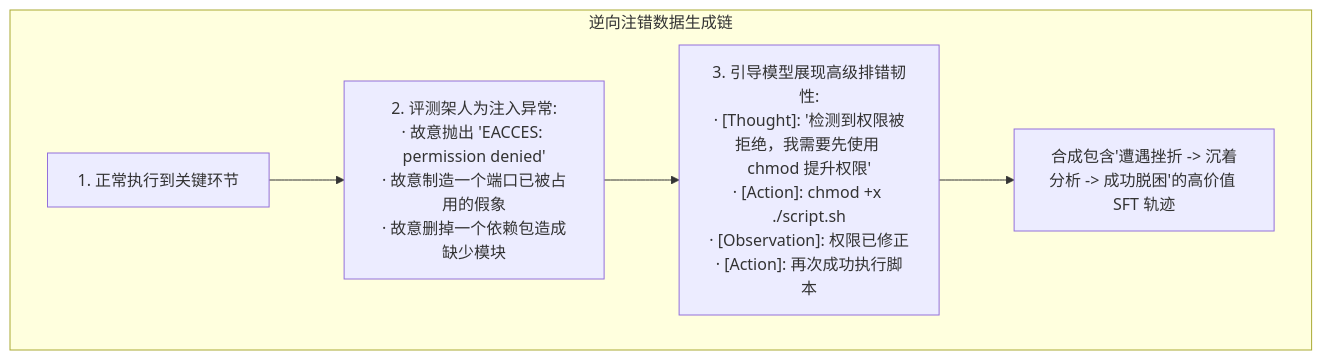
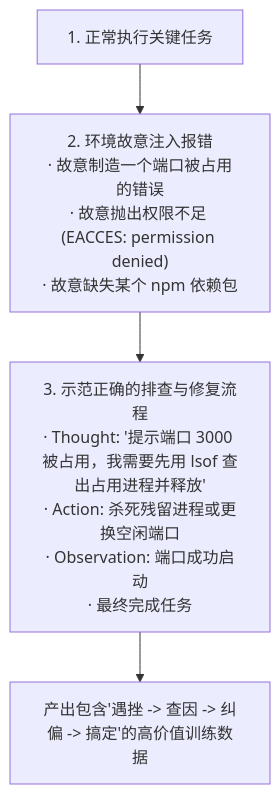
Before and after one commit to ljh12138164/ai-agent-study: the third of 3 diagrams in app/ch08-post-training/02-agent-sft-and-trajectory-synthesis/page.mdx, drawn with Mermaid. The commit also changed other lines of this file and 43 other files, not shown here.

````diff
--- a/app/ch08-post-training/02-agent-sft-and-trajectory-synthesis/page.mdx
+++ b/app/ch08-post-training/02-agent-sft-and-trajectory-synthesis/page.mdx
@@ -67,10 +69,8 @@
 ```mermaid
-graph TD
-    subgraph FaultInjection["逆向注错数据生成链"]
-        Step1["1. 正常执行到关键环节"] --> Step2["2. 评测架人为注入异常:<br/>· 故意抛出 'EACCES: permission denied'<br/>· 故意制造一个端口已被占用的假象<br/>· 故意删掉一个依赖包造成缺少模块"]
-        
-        Step2 --> Step3["3. 引导模型展现高级排错韧性:<br/>· [Thought]: '检测到权限被拒绝，我需要先使用 chmod 提升权限'<br/>· [Action]: chmod +x ./script.sh<br/>· [Observation]: 权限已修正<br/>· [Action]: 再次成功执行脚本"]
-        
-        Step3 --> GoldData["合成包含'遭遇挫折 -> 沉着分析 -> 成功脱困'的高价值 SFT 轨迹"]
-    end
+flowchart TD
+    Step1["1. 正常执行关键任务"] --> Step2["2. 环境故意注入报错<br/>· 故意制造一个端口被占用的错误<br/>· 故意抛出权限不足 (EACCES: permission denied)<br/>· 故意缺失某个 npm 依赖包"]
+    
+    Step2 --> Step3["3. 示范正确的排查与修复流程<br/>· Thought: '提示端口 3000 被占用，我需要先用 lsof 查出占用进程并释放'<br/>· Action: 杀死残留进程或更换空闲端口<br/>· Observation: 端口成功启动<br/>· 最终完成任务"]
+    
+    Step3 --> FinalData["产出包含'遇挫 -> 查因 -> 纠偏 -> 搞定'的高价值训练数据"]
 ```
````
